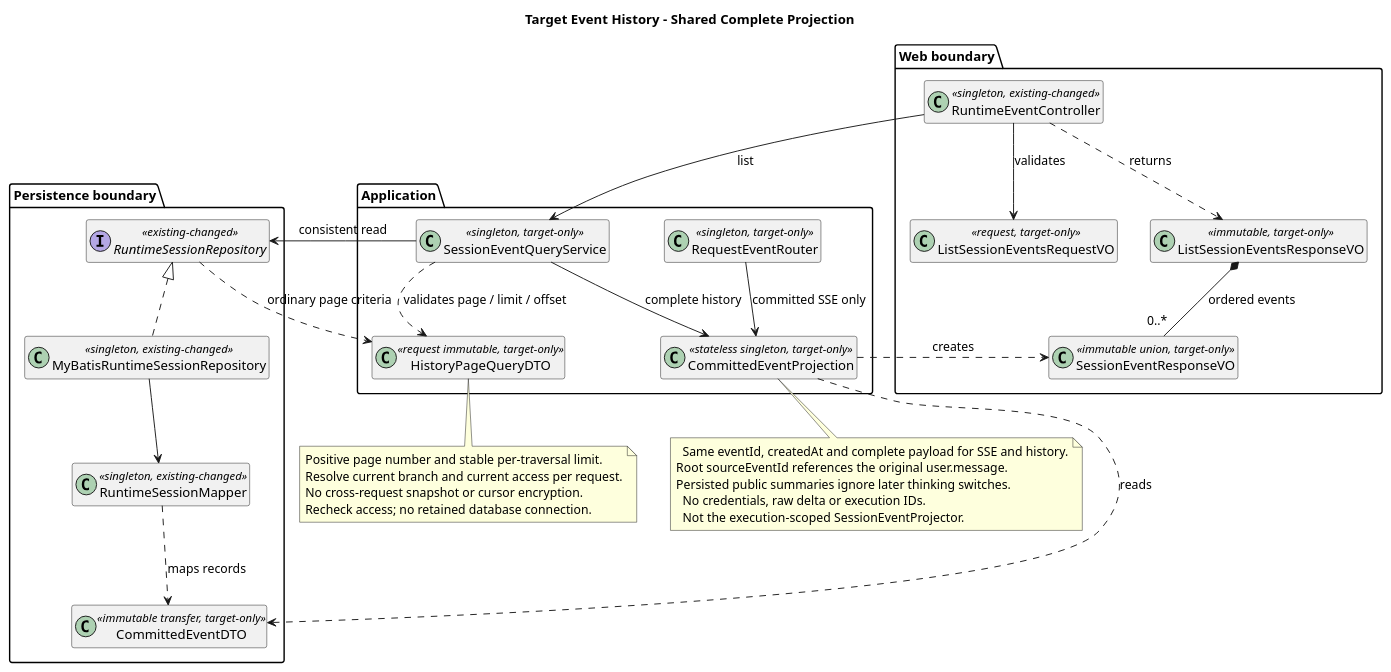
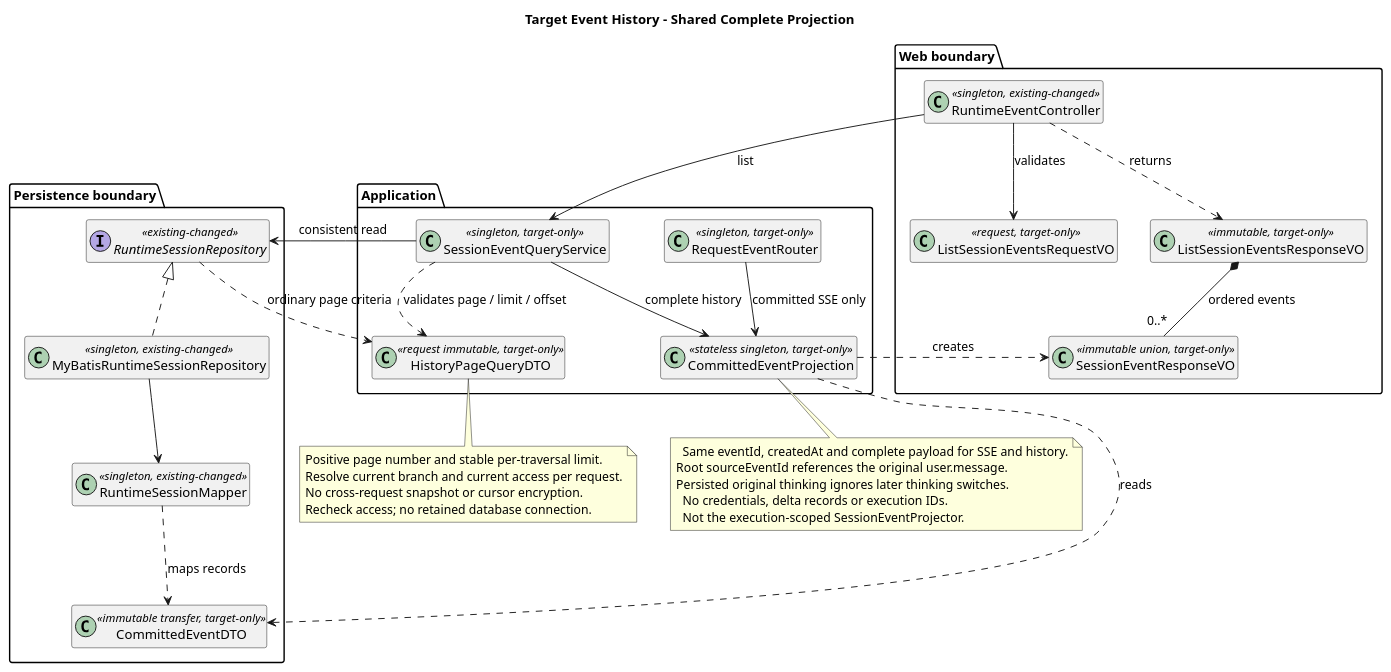
One commit to ssm0808/pi-mono-java-design changed the first of 2 diagrams in 01-总体架构/01-CampusClaw多Agent运行时/设计图/事件历史查询/diagram.puml. Above: the diagram before and after it, drawn with PlantUML. The commit also changed 37 other files, not shown here.

```diff
--- a/01-总体架构/01-CampusClaw多Agent运行时/设计图/事件历史查询/diagram.puml
+++ b/01-总体架构/01-CampusClaw多Agent运行时/设计图/事件历史查询/diagram.puml
@@ -1,57 +1,57 @@
 @startuml target_event_history_classes
 title Target Event History - Shared Complete Projection
 ' Source baseline: pi-mono-java dfb90cac4e233e09a0b8f047f7e9f4682f5ad238
 ' Source: campusclaw/src/main/java/com/huawei/hicampus/claw/codingagent/runtimeapi/event/RuntimeEventQueryService.java, list/pageOf.
 ' Source: campusclaw/src/main/java/com/huawei/hicampus/claw/codingagent/runtimeapi/event/RuntimeEntryCodec.java, toHistoryEvent/toSseData.
 ' Source: campusclaw/src/main/java/com/huawei/hicampus/claw/codingagent/runtimeapi/event/RuntimeEventCursorCodec.java, encode/decode.
 ' Observed behavior: current pages are sequence-based opaque cursors, not integers.
-' Design reason: one complete projection prevents SSE/history identity drift.
+' Design reason: one complete projection prevents SSE/history identity drift. Thinking target: user decision 2026-09-09 removes summary gating; Java 4cc8dd86 modules/coding-agent-cli/src/main/java/com/campusclaw/codingagent/runtimeapi/event/RuntimeV2EventProjector.java projectThinking still filters publicSummary.
 ' All new classes and relations are target-only; existing boundaries are changed.
 hide empty members
 skinparam classAttributeIconSize 0
 package "Web boundary" {
   class RuntimeEventController <<singleton, existing-changed>>
   class ListSessionEventsRequestVO <<request, target-only>>
   class ListSessionEventsResponseVO <<immutable, target-only>>
   class SessionEventResponseVO <<immutable union, target-only>>
 }
 package "Application" {
   class SessionEventQueryService <<singleton, target-only>>
   class HistoryPageQueryDTO <<request immutable, target-only>>
   class CommittedEventProjection <<stateless singleton, target-only>>
   class RequestEventRouter <<singleton, target-only>>
 }
 package "Persistence boundary" {
   interface RuntimeSessionRepository <<existing-changed>>
   class MyBatisRuntimeSessionRepository <<singleton, existing-changed>>
   class CommittedEventDTO <<immutable transfer, target-only>>
   class RuntimeSessionMapper <<singleton, existing-changed>>
 }
 RuntimeEventController --> ListSessionEventsRequestVO : validates
 RuntimeEventController --> SessionEventQueryService : list
 RuntimeEventController ..> ListSessionEventsResponseVO : returns
 ListSessionEventsResponseVO *-- "0..*" SessionEventResponseVO : ordered events
 SessionEventQueryService ..> HistoryPageQueryDTO : validates page / limit / offset
 SessionEventQueryService --> RuntimeSessionRepository : consistent read
 SessionEventQueryService --> CommittedEventProjection : complete history
 RequestEventRouter --> CommittedEventProjection : committed SSE only
 CommittedEventProjection ..> CommittedEventDTO : reads
 CommittedEventProjection ..> SessionEventResponseVO : creates
 RuntimeSessionRepository <|.. MyBatisRuntimeSessionRepository
 MyBatisRuntimeSessionRepository --> RuntimeSessionMapper
 RuntimeSessionMapper ..> CommittedEventDTO : maps records
 RuntimeSessionRepository ..> HistoryPageQueryDTO : ordinary page criteria
 note bottom of HistoryPageQueryDTO
   Positive page number and stable per-traversal limit.
   Resolve current branch and current access per request.
   No cross-request snapshot or cursor encryption.
   Recheck access; no retained database connection.
 end note
 note bottom of CommittedEventProjection
   Same eventId, createdAt and complete payload for SSE and history.
 Root sourceEventId references the original user.message.
-Persisted public summaries ignore later thinking switches.
-  No credentials, raw delta or execution IDs.
+Persisted original thinking ignores later thinking switches.
+  No credentials, delta records or execution IDs.
   Not the execution-scoped SessionEventProjector.
 end note
 @enduml
```
